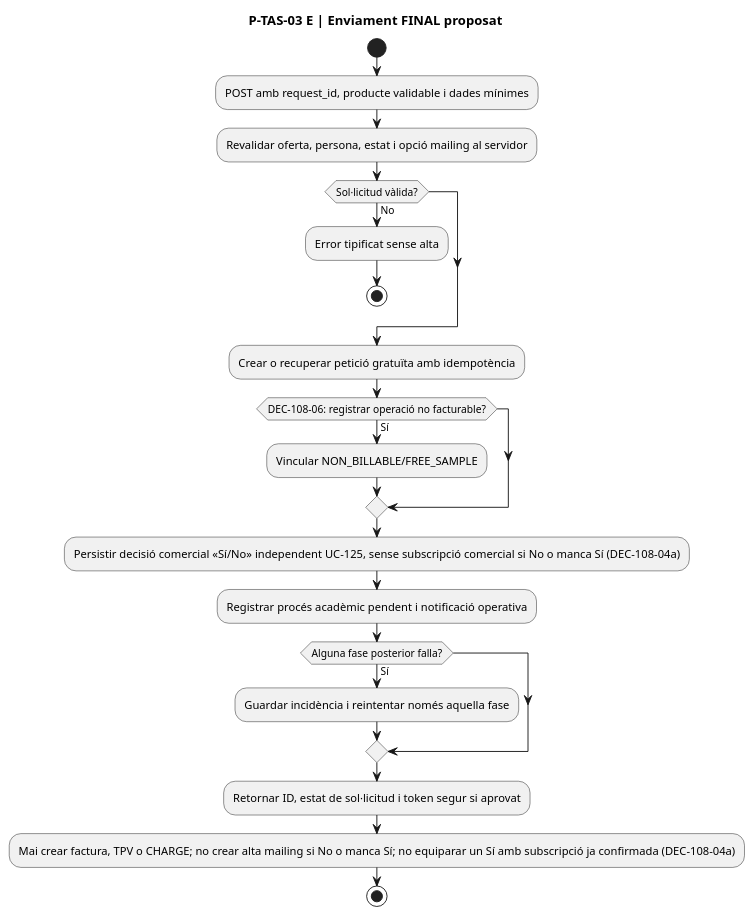
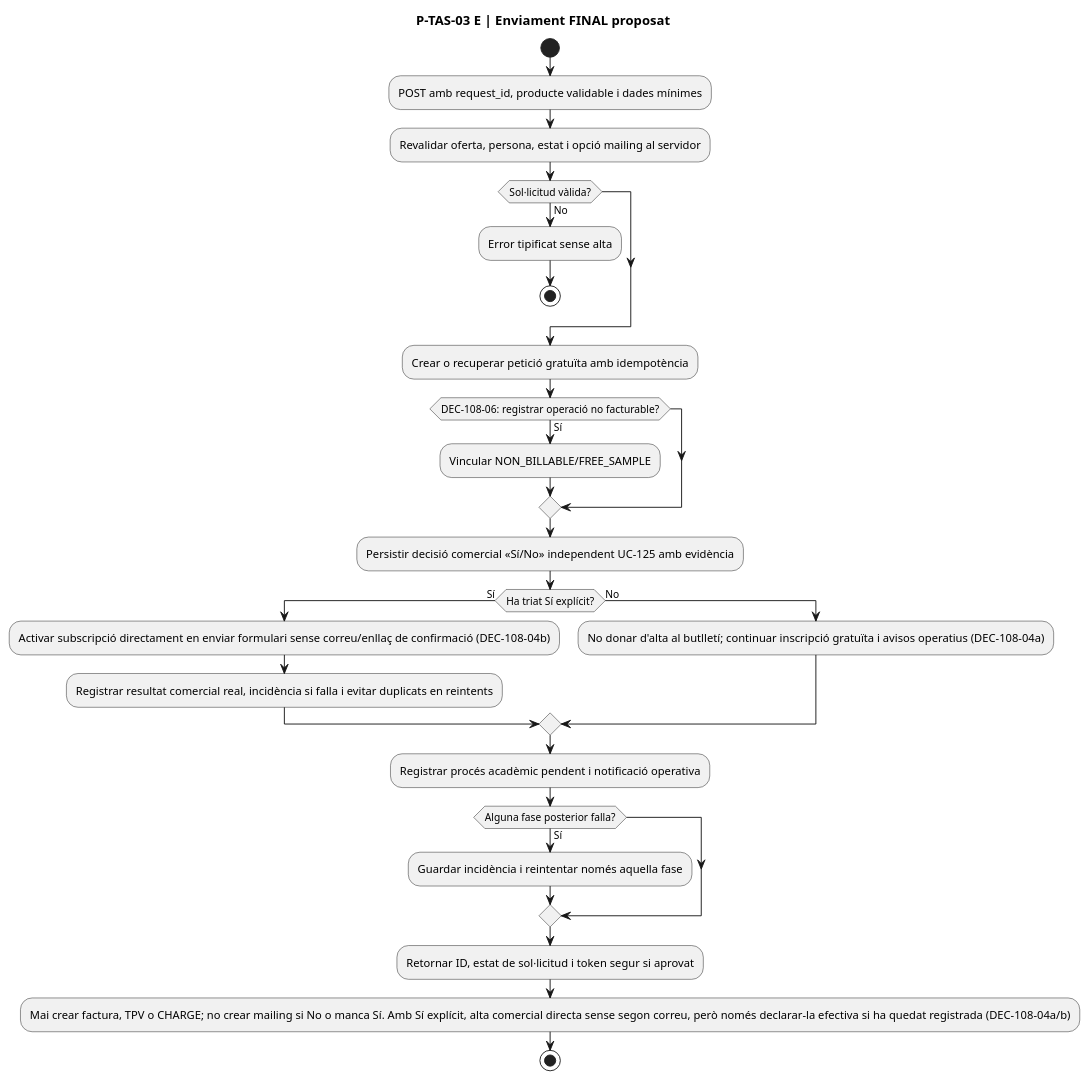
One commit to orgmeriemprismacat-del/verifactu changed diagram 26 of 32 in documentacio/07-uml-integrat/uc-108-activitats-pagines-tastets-actual-final.md. Above: the diagram before and after it, drawn with PlantUML. The commit also changed other lines of this file, not shown here.

Commit message:
docs(uml): UC-108 explicit yes activates newsletter directly without second email

````diff
--- a/documentacio/07-uml-integrat/uc-108-activitats-pagines-tastets-actual-final.md
+++ b/documentacio/07-uml-integrat/uc-108-activitats-pagines-tastets-actual-final.md
@@ -634,24 +636,30 @@
 ```plantuml
 @startuml
 title P-TAS-03 E | Enviament FINAL proposat
 start
 :POST amb request_id, producte validable i dades mínimes;
 :Revalidar oferta, persona, estat i opció mailing al servidor;
 if (Sol·licitud vàlida?) then (No)
   :Error tipificat sense alta;
   stop
 endif
 :Crear o recuperar petició gratuïta amb idempotència;
 if (DEC-108-06: registrar operació no facturable?) then (Sí)
   :Vincular NON_BILLABLE/FREE_SAMPLE;
 endif
-:Persistir decisió comercial «Sí/No» independent UC-125, sense subscripció comercial si No o manca Sí (DEC-108-04a);
+:Persistir decisió comercial «Sí/No» independent UC-125 amb evidència;
+if (Ha triat Sí explícit?) then (Sí)
+  :Activar subscripció directament en enviar formulari sense correu/enllaç de confirmació (DEC-108-04b);
+  :Registrar resultat comercial real, incidència si falla i evitar duplicats en reintents;
+else (No)
+  :No donar d'alta al butlletí; continuar inscripció gratuïta i avisos operatius (DEC-108-04a);
+endif
 :Registrar procés acadèmic pendent i notificació operativa;
 if (Alguna fase posterior falla?) then (Sí)
   :Guardar incidència i reintentar només aquella fase;
 endif
 :Retornar ID, estat de sol·licitud i token segur si aprovat;
-:Mai crear factura, TPV o CHARGE; no crear alta mailing si No o manca Sí; no equiparar un Sí amb subscripció ja confirmada (DEC-108-04a);
+:Mai crear factura, TPV o CHARGE; no crear mailing si No o manca Sí. Amb Sí explícit, alta comercial directa sense segon correu, però només declarar-la efectiva si ha quedat registrada (DEC-108-04a/b);
 stop
 @enduml
 ```
````
